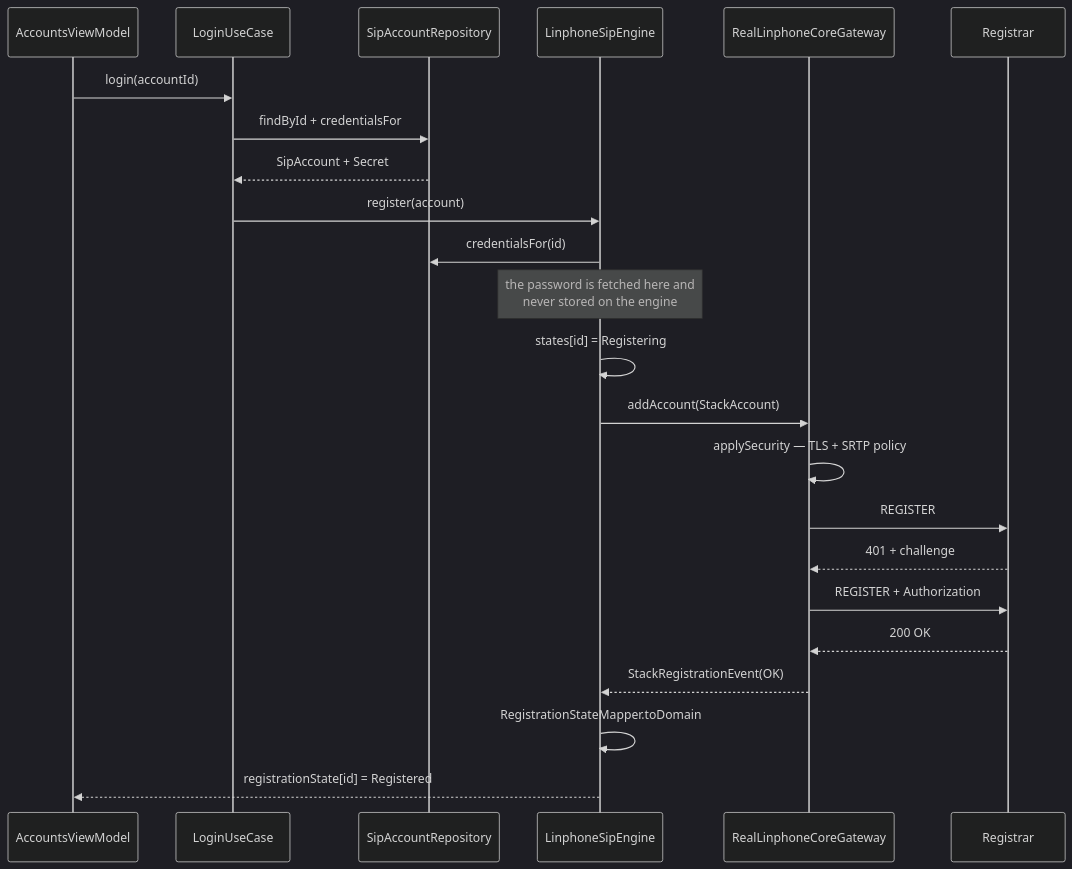
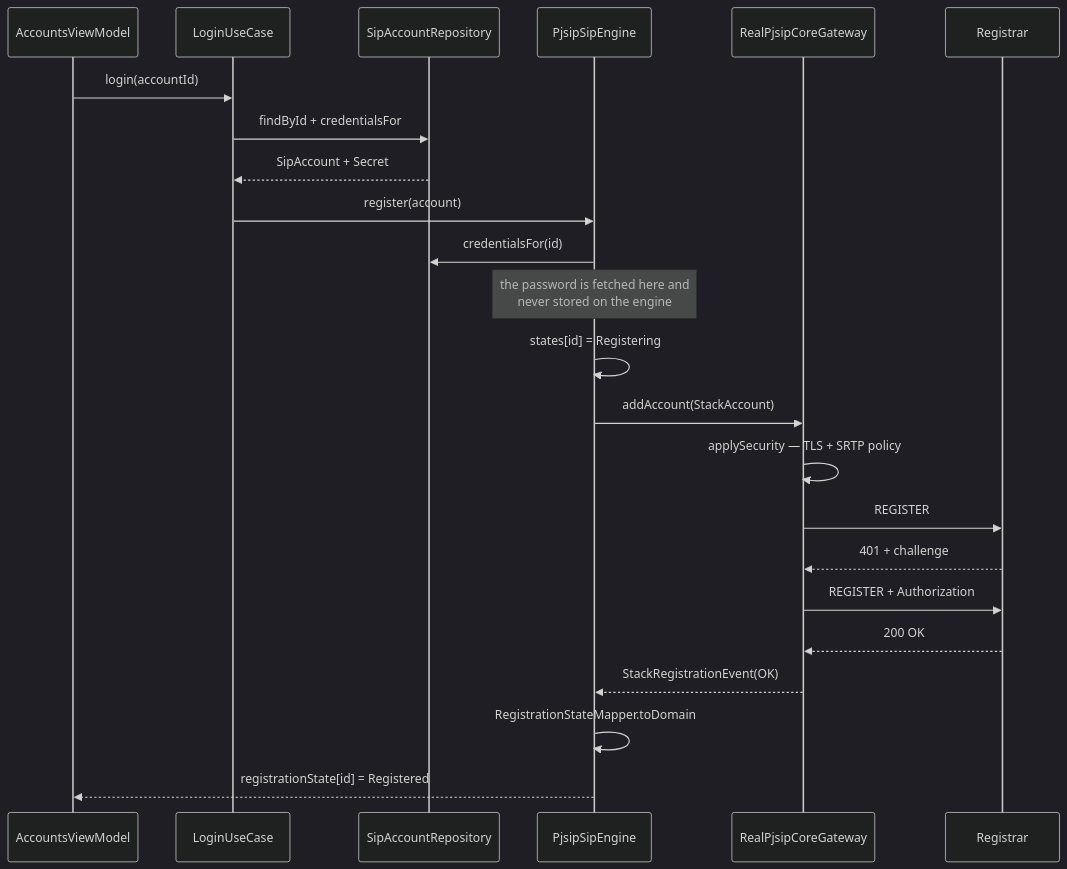
Before and after one commit to Rahulcse79/whatsapp-v2: the second of 6 diagrams in docs/architecture.md, drawn with Mermaid (dark theme). The commit also changed other lines of this file and 8 other files, not shown here.

````diff
--- a/docs/architecture.md
+++ b/docs/architecture.md
@@ -517,26 +548,26 @@
 ```mermaid
 sequenceDiagram
     participant UI as AccountsViewModel
     participant UC as LoginUseCase
     participant Repo as SipAccountRepository
-    participant Eng as LinphoneSipEngine
-    participant GW as RealLinphoneCoreGateway
+    participant Eng as PjsipSipEngine
+    participant GW as RealPjsipCoreGateway
     participant Srv as Registrar
 
     UI->>UC: login(accountId)
     UC->>Repo: findById + credentialsFor
     Repo-->>UC: SipAccount + Secret
     UC->>Eng: register(account)
     Eng->>Repo: credentialsFor(id)
     Note over Eng: the password is fetched here and<br/>never stored on the engine
     Eng->>Eng: states[id] = Registering
     Eng->>GW: addAccount(StackAccount)
     GW->>GW: applySecurity — TLS + SRTP policy
     GW->>Srv: REGISTER
     Srv-->>GW: 401 + challenge
     GW->>Srv: REGISTER + Authorization
     Srv-->>GW: 200 OK
     GW-->>Eng: StackRegistrationEvent(OK)
     Eng->>Eng: RegistrationStateMapper.toDomain
     Eng-->>UI: registrationState[id] = Registered
 ```
````
